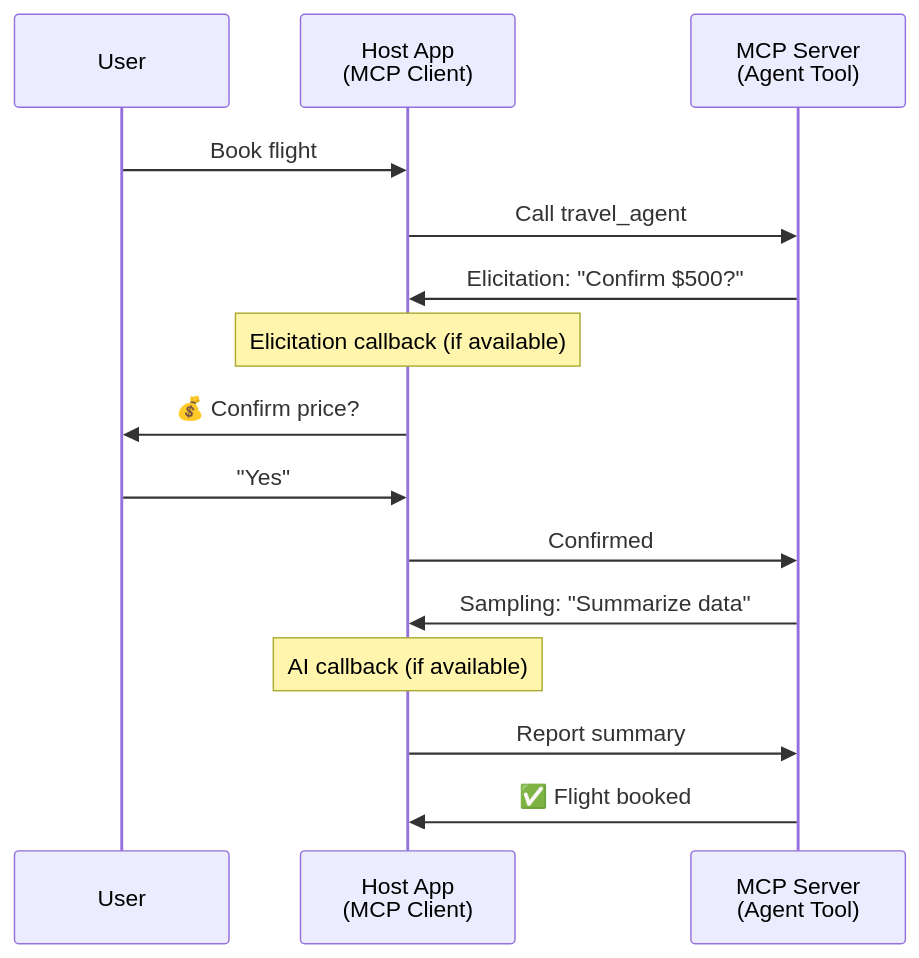
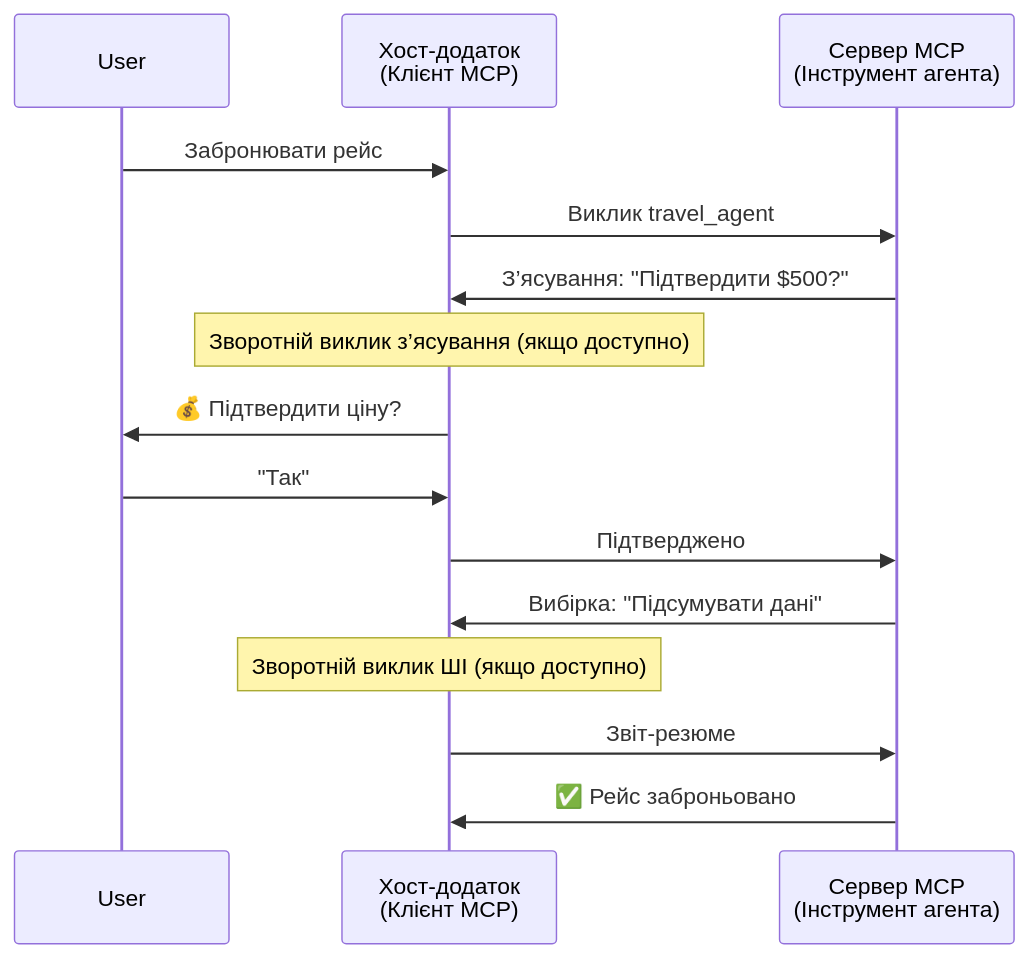
One commit to microsoft/ai-agents-for-beginners changed the fourth of 5 diagrams in translations/uk/11-agentic-protocols/code_samples/mcp-agents/README.md. Above: the diagram before and after it, drawn with Mermaid. The commit also changed other lines of this file and 225 other files, not shown here.

````diff
--- a/translations/uk/11-agentic-protocols/code_samples/mcp-agents/README.md
+++ b/translations/uk/11-agentic-protocols/code_samples/mcp-agents/README.md
@@ -163,21 +163,21 @@
 ```mermaid
 sequenceDiagram
     participant User
-    participant Host as Host App<br/>(MCP Client)
-    participant Server as MCP Server<br/>(Agent Tool)
+    participant Host as Хост-додаток<br/>(Клієнт MCP)
+    participant Server as Сервер MCP<br/>(Інструмент агента)
 
-    User->>Host: Book flight
-    Host->>Server: Call travel_agent
+    User->>Host: Забронювати рейс
+    Host->>Server: Виклик travel_agent
 
-    Server->>Host: Elicitation: "Confirm $500?"
-    Note over Host: Elicitation callback (if available)
-    Host->>User: 💰 Confirm price?
-    User->>Host: "Yes"
-    Host->>Server: Confirmed
+    Server->>Host: З’ясування: "Підтвердити $500?"
+    Note over Host: Зворотній виклик з’ясування (якщо доступно)
+    Host->>User: 💰 Підтвердити ціну?
+    User->>Host: "Так"
+    Host->>Server: Підтверджено
 
-    Server->>Host: Sampling: "Summarize data"
-    Note over Host: AI callback (if available)
-    Host->>Server: Report summary
+    Server->>Host: Вибірка: "Підсумувати дані"
+    Note over Host: Зворотній виклик ШІ (якщо доступно)
+    Host->>Server: Звіт-резюме
 
-    Server->>Host: ✅ Flight booked
+    Server->>Host: ✅ Рейс заброньовано
 ```
````
